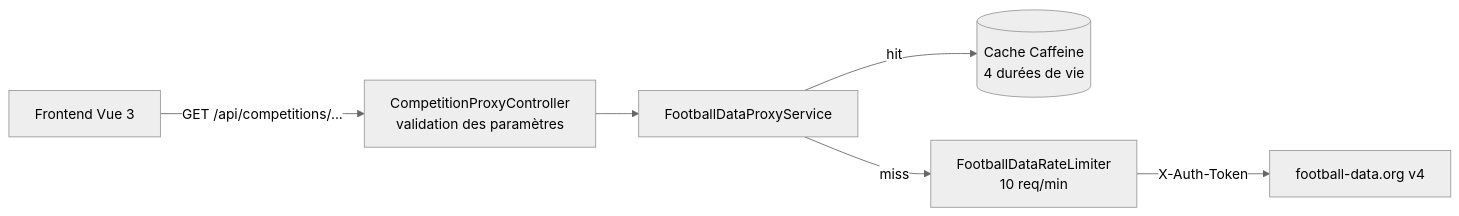
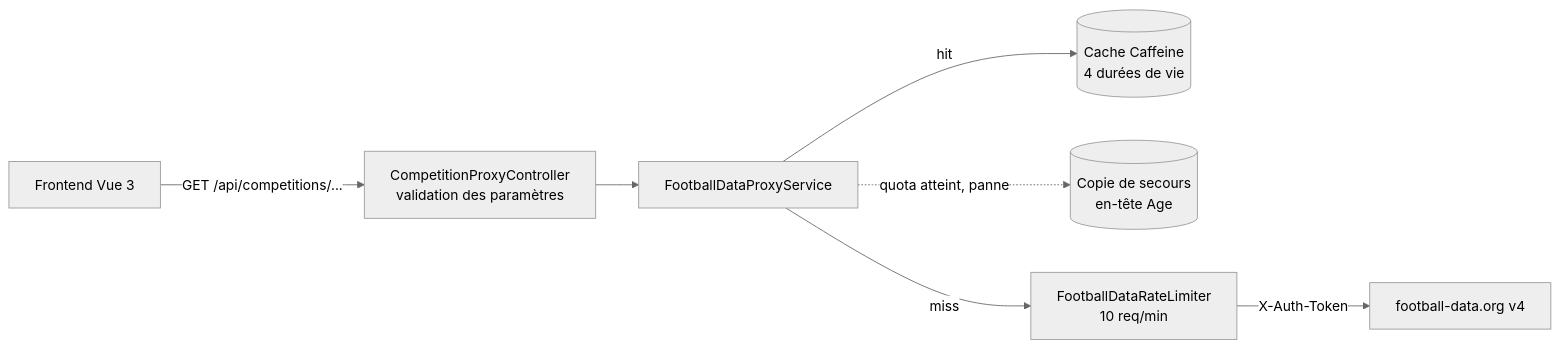
One commit to foucouthibault/Dashboard-foot-backend changed the diagram in README.md. Above: the diagram before and after it, drawn with Mermaid (neutral theme). The commit also changed other lines of this file and 14 other files, not shown here.

First line of the commit message:
Sert la dernière réponse connue quand le quota est atteint ou que football-data.org est en panne

````diff
--- a/README.md
+++ b/README.md
@@ -14,8 +14,9 @@
 ```mermaid
 flowchart LR
     F["Frontend Vue 3"] -- "GET /api/competitions/..." --> C["CompetitionProxyController<br/>validation des paramètres"]
     C --> S["FootballDataProxyService"]
     S -- "hit" --> K[("Cache Caffeine<br/>4 durées de vie")]
+    S -. "quota atteint, panne" .-> B[("Copie de secours<br/>en-tête Age")]
     S -- "miss" --> R["FootballDataRateLimiter<br/>10 req/min"]
     R -- "X-Auth-Token" --> API["football-data.org v4"]
 ```
````
